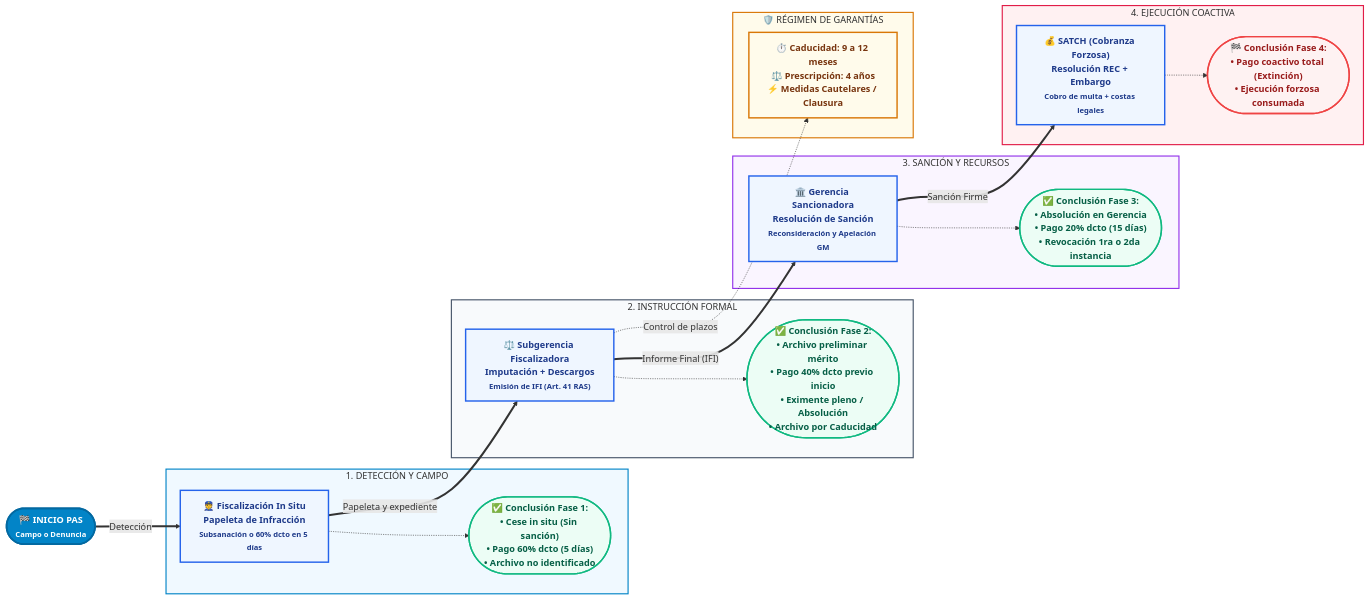
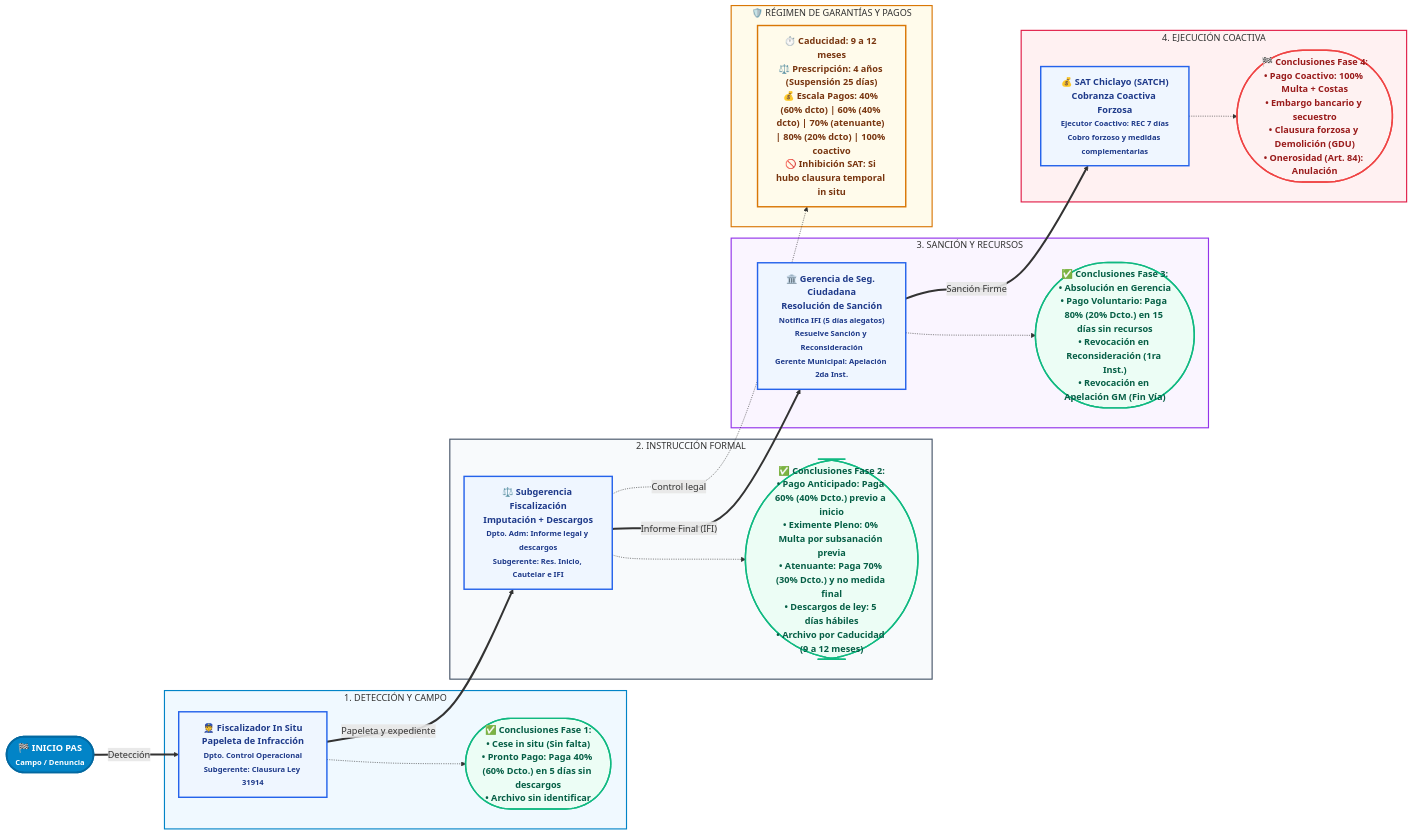
Before and after one commit to Chungm7/diagrama-ras-mpch: the diagram in diagrama_ejecutivo.mmd, drawn with Mermaid. The commit also changed 7 other files, not shown here.

```diff
--- a/diagrama_ejecutivo.mmd
+++ b/diagrama_ejecutivo.mmd
@@ -1,53 +1,53 @@
 flowchart LR
 %% =========================================================================
 %% DIAGRAMA EJECUTIVO MACRO - PAS MUNICIPALIDAD PROVINCIAL DE CHICLAYO
-%% VISTA PANORÁMICA DE 4 MACRO-FASES + SISTEMA DE GARANTÍAS Y CONCLUSIONES
+%% VISTA PANORÁMICA DE 4 MACRO-FASES + RESPONSABLES POR ÁREA + RÉGIMEN DE PAGOS
 %% =========================================================================
 
-INI(["🏁 <b>INICIO PAS</b><br/><small>Campo o Denuncia</small>"]):::termStart
+INI(["🏁 <b>INICIO PAS</b><br/><small>Campo / Denuncia</small>"]):::termStart
 
 subgraph M1 ["1. DETECCIÓN Y CAMPO"]
-    D1["👮 <b>Fiscalización In Situ</b><br/><b>Papeleta de Infracción</b><br/><small>Subsanación o 60% dcto en 5 días</small>"]:::destacado
-    EXT1(["✅ <b>Conclusión Fase 1:</b><br/>• Cese in situ (Sin sanción)<br/>• Pago 60% dcto (5 días)<br/>• Archivo no identificado"]):::termOk
+    D1["👮 <b>Fiscalizador In Situ</b><br/><b>Papeleta de Infracción</b><br/><small>Dpto. Control Operacional<br/>Subgerente: Clausura Ley 31914</small>"]:::destacado
+    EXT1(["✅ <b>Conclusiones Fase 1:</b><br/>• Cese in situ (Sin falta)<br/>• <b>Pronto Pago: Paga 40% (60% Dcto.)</b> en 5 días sin descargos<br/>• Archivo sin identificar"]):::termOk
 end
 
 subgraph M2 ["2. INSTRUCCIÓN FORMAL"]
-    D2["⚖️ <b>Subgerencia Fiscalizadora</b><br/><b>Imputación + Descargos</b><br/><small>Emisión de IFI (Art. 41 RAS)</small>"]:::destacado
-    EXT2(["✅ <b>Conclusión Fase 2:</b><br/>• Archivo preliminar mérito<br/>• Pago 40% dcto previo inicio<br/>• Eximente pleno / Absolución<br/>• Archivo por Caducidad"]):::termOk
+    D2["⚖️ <b>Subgerencia Fiscalización</b><br/><b>Imputación + Descargos</b><br/><small>Dpto. Adm: Informe legal y descargos<br/>Subgerente: Res. Inicio, Cautelar e IFI</small>"]:::destacado
+    EXT2(["✅ <b>Conclusiones Fase 2:</b><br/>• <b>Pago Anticipado: Paga 60% (40% Dcto.)</b> previo a inicio<br/>• <b>Eximente Pleno: 0% Multa</b> por subsanación previa<br/>• <b>Atenuante: Paga 70% (30% Dcto.)</b> y no medida final<br/>• Descargos de ley: 5 días hábiles<br/>• Archivo por Caducidad (9 a 12 meses)"]):::termOk
 end
 
 subgraph M3 ["3. SANCIÓN Y RECURSOS"]
-    D3["🏛️ <b>Gerencia Sancionadora</b><br/><b>Resolución de Sanción</b><br/><small>Reconsideración y Apelación GM</small>"]:::destacado
-    EXT3(["✅ <b>Conclusión Fase 3:</b><br/>• Absolución en Gerencia<br/>• Pago 20% dcto (15 días)<br/>• Revocación 1ra o 2da instancia"]):::termOk
+    D3["🏛️ <b>Gerencia de Seg. Ciudadana</b><br/><b>Resolución de Sanción</b><br/><small>Notifica IFI (5 días alegatos)<br/>Resuelve Sanción y Reconsideración<br/>Gerente Municipal: Apelación 2da Inst.</small>"]:::destacado
+    EXT3(["✅ <b>Conclusiones Fase 3:</b><br/>• Absolución en Gerencia<br/>• <b>Pago Voluntario: Paga 80% (20% Dcto.)</b> en 15 días sin recursos<br/>• Revocación en Reconsideración (1ra Inst.)<br/>• Revocación en Apelación GM (Fin Vía)"]):::termOk
 end
 
 subgraph M4 ["4. EJECUCIÓN COACTIVA"]
-    D4["💰 <b>SATCH (Cobranza Forzosa)</b><br/><b>Resolución REC + Embargo</b><br/><small>Cobro de multa + costas legales</small>"]:::destacado
-    EXT4(["🏁 <b>Conclusión Fase 4:</b><br/>• Pago coactivo total (Extinción)<br/>• Ejecución forzosa consumada"]):::termWarn
+    D4["💰 <b>SAT Chiclayo (SATCH)</b><br/><b>Cobranza Coactiva Forzosa</b><br/><small>Ejecutor Coactivo: REC 7 días<br/>Cobro forzoso y medidas complementarias</small>"]:::destacado
+    EXT4(["🏁 <b>Conclusiones Fase 4:</b><br/>• <b>Pago Coactivo: 100% Multa + Costas</b><br/>• Embargo bancario y secuestro<br/>• Clausura forzosa y Demolición (GDU)<br/>• Onerosidad (Art. 84): Anulación"]):::termWarn
 end
 
-subgraph M5 ["🛡️ RÉGIMEN DE GARANTÍAS"]
-    G1["⏱️ <b>Caducidad:</b> 9 a 12 meses<br/>⚖️ <b>Prescripción:</b> 4 años<br/>⚡ <b>Medidas Cautelares / Clausura</b>"]:::alerta
+subgraph M5 ["🛡️ RÉGIMEN DE GARANTÍAS Y PAGOS"]
+    G1["⏱️ <b>Caducidad:</b> 9 a 12 meses<br/>⚖️ <b>Prescripción:</b> 4 años (Suspensión 25 días)<br/>💰 <b>Escala Pagos:</b> 40% (60% dcto) | 60% (40% dcto) | 70% (atenuante) | 80% (20% dcto) | 100% coactivo<br/>🚫 <b>Inhibición SAT:</b> Si hubo clausura temporal in situ"]:::alerta
 end
 
 INI ==>|"<span class='edge-info'>Detección</span>"| D1
 D1 -.-> EXT1
 D1 ==>|"<span class='edge-info'>Papeleta y expediente</span>"| D2
 D2 -.-> EXT2
 D2 ==>|"<span class='edge-info'>Informe Final (IFI)</span>"| D3
 D3 -.-> EXT3
 D3 ==>|"<span class='edge-no'>Sanción Firme</span>"| D4
 D4 -.-> EXT4
-D2 -.->|"<span class='edge-warn'>Control de plazos</span>"| G1
+D2 -.->|"<span class='edge-warn'>Control legal</span>"| G1
 
 classDef termStart fill:#0284c7,stroke:#0369a1,stroke-width:3px,color:#ffffff,font-weight:bold
 classDef destacado fill:#eff6ff,stroke:#2563eb,stroke-width:2.5px,color:#1e3a8a,font-weight:bold
 classDef termOk fill:#ecfdf5,stroke:#10b981,stroke-width:2.5px,color:#065f46,font-weight:bold
 classDef termWarn fill:#fef2f2,stroke:#ef4444,stroke-width:2.5px,color:#991b1b,font-weight:bold
 classDef alerta fill:#fffbeb,stroke:#d97706,stroke-width:2.5px,color:#78350f,font-weight:bold
 
 style M1 fill:#f0f9ff,stroke:#0284c7,stroke-width:2px
 style M2 fill:#f8fafc,stroke:#475569,stroke-width:2px
 style M3 fill:#faf5ff,stroke:#9333ea,stroke-width:2px
 style M4 fill:#fff1f2,stroke:#e11d48,stroke-width:2px
 style M5 fill:#fffbeb,stroke:#d97706,stroke-width:2px
```
